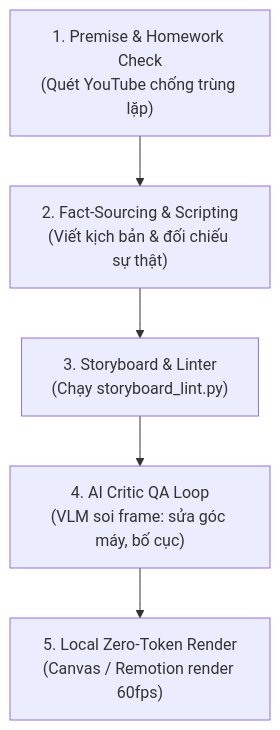
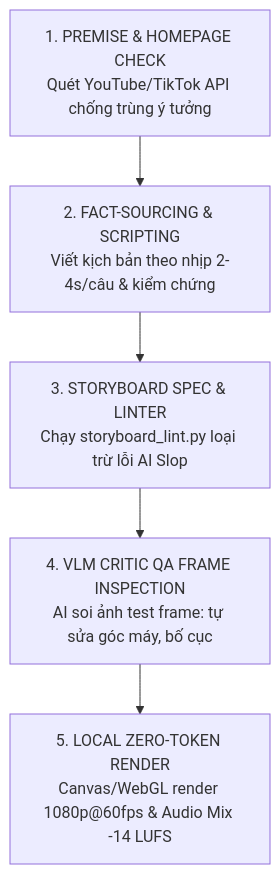
Before and after one commit to htnhavn/autonomous-studio-pro: the diagram in MASTER_VIDEO_REVERSE_ENGINEERING_SPEC.md, drawn with Mermaid. The commit also changed other lines of this file and 1 other file, not shown here.

````diff
--- a/MASTER_VIDEO_REVERSE_ENGINEERING_SPEC.md
+++ b/MASTER_VIDEO_REVERSE_ENGINEERING_SPEC.md
@@ -405,7 +558,7 @@
 ```mermaid
 flowchart TD
-    A["1. Premise & Homework Check<br/>(Quét YouTube chống trùng lặp)"] --> B["2. Fact-Sourcing & Scripting<br/>(Viết kịch bản & đối chiếu sự thật)"]
-    B --> C["3. Storyboard & Linter<br/>(Chạy storyboard_lint.py)"]
-    C --> D["4. AI Critic QA Loop<br/>(VLM soi frame: sửa góc máy, bố cục)"]
-    D --> E["5. Local Zero-Token Render<br/>(Canvas / Remotion render 60fps)"]
+    S1["1. PREMISE & HOMEPAGE CHECK<br/>Quét YouTube/TikTok API chống trùng ý tưởng"] --> S2["2. FACT-SOURCING & SCRIPTING<br/>Viết kịch bản theo nhịp 2-4s/câu & kiểm chứng"]
+    S2 --> S3["3. STORYBOARD SPEC & LINTER<br/>Chạy storyboard_lint.py loại trừ lỗi AI Slop"]
+    S3 --> S4["4. VLM CRITIC QA FRAME INSPECTION<br/>AI soi ảnh test frame: tự sửa góc máy, bố cục"]
+    S4 --> S5["5. LOCAL ZERO-TOKEN RENDER<br/>Canvas/WebGL render 1080p@60fps & Audio Mix -14 LUFS"]
 ```
````
